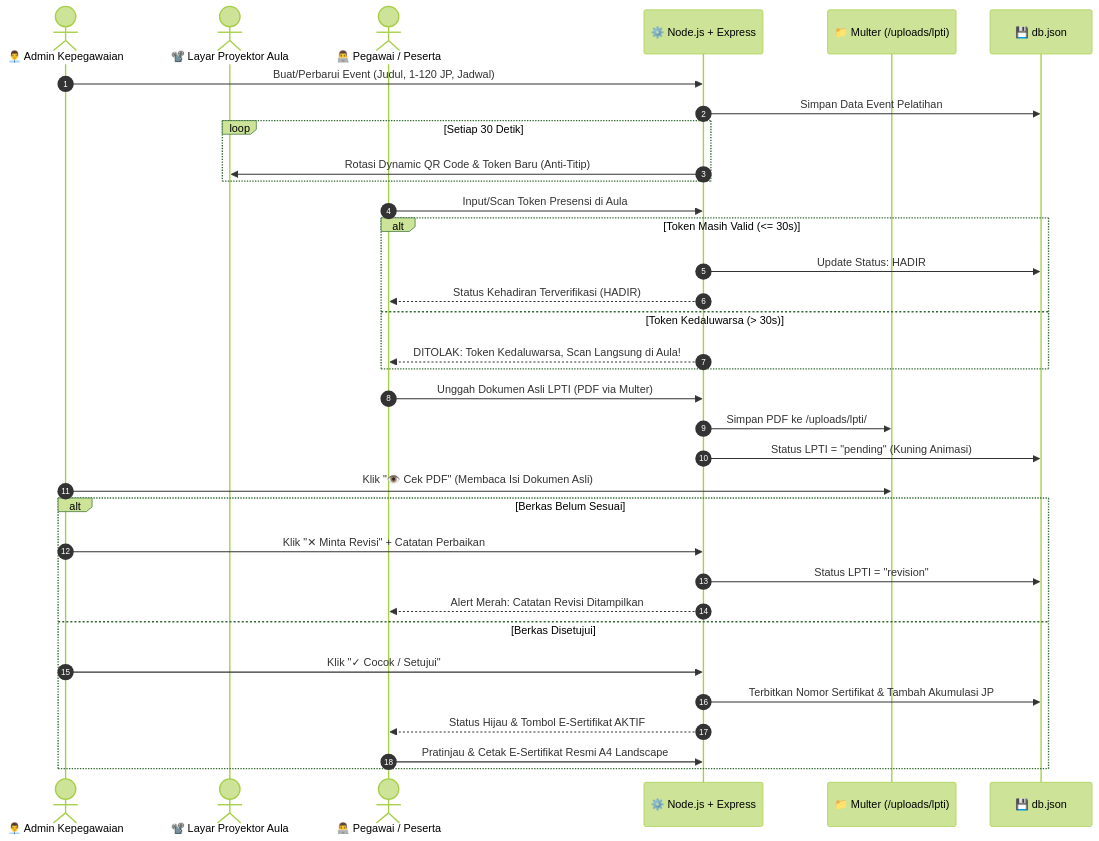
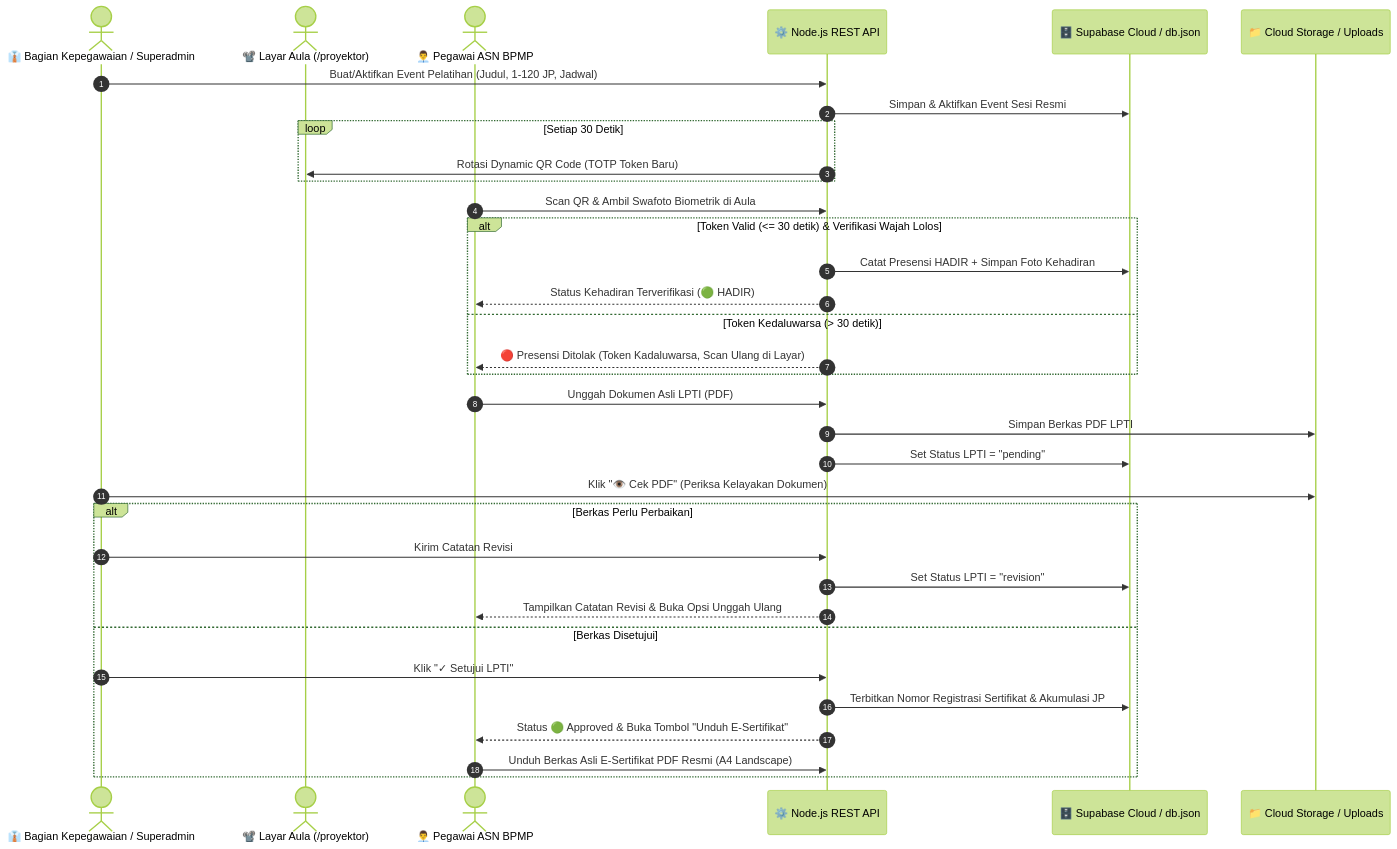
One commit to sahrulraiya23/bpmp-senin-berseri changed the diagram in README.md. Above: the diagram before and after it, drawn with Mermaid (forest theme). The commit also changed other lines of this file, not shown here.

Commit message:
docs: perbarui README dengan identitas BPMP Sultra, RBAC Superadmin/Kepegawaian, arsitektur Supabase, dan biometrik wajah

````diff
--- a/README.md
+++ b/README.md
@@ -62,39 +85,40 @@
 ```mermaid
 sequenceDiagram
     autonumber
-    actor Admin as 👨‍💼 Admin Kepegawaian
-    actor Proyektor as 📽️ Layar Proyektor Aula
-    actor Pegawai as 👨‍💻 Pegawai / Peserta
-    participant Server as ⚙️ Node.js + Express
-    participant Storage as 📁 Multer (/uploads/lpti)
-    participant DB as 💾 db.json
+    actor Admin as 👔 Bagian Kepegawaian / Superadmin
+    actor Proyektor as 📽️ Layar Aula (/proyektor)
+    actor Pegawai as 👨‍💼 Pegawai ASN BPMP
+    participant Server as ⚙️ Node.js REST API
+    participant CloudDB as 🗄️ Supabase Cloud / db.json
+    participant Storage as 📁 Cloud Storage / Uploads
 
-    Admin->>Server: Buat/Perbarui Event (Judul, 1-120 JP, Jadwal)
-    Server->>DB: Simpan Data Event Pelatihan
+    Admin->>Server: Buat/Aktifkan Event Pelatihan (Judul, 1-120 JP, Jadwal)
+    Server->>CloudDB: Simpan & Aktifkan Event Sesi Resmi
     loop Setiap 30 Detik
-        Server->>Proyektor: Rotasi Dynamic QR Code & Token Baru (Anti-Titip)
-    end
-    Pegawai->>Server: Input/Scan Token Presensi di Aula
-    alt Token Masih Valid (<= 30s)
-        Server->>DB: Update Status: HADIR
-        Server-->>Pegawai: Status Kehadiran Terverifikasi (HADIR)
-    else Token Kedaluwarsa (> 30s)
-        Server-->>Pegawai: DITOLAK: Token Kedaluwarsa, Scan Langsung di Aula!
+        Server->>Proyektor: Rotasi Dynamic QR Code (TOTP Token Baru)
     end
 
-    Pegawai->>Server: Unggah Dokumen Asli LPTI (PDF via Multer)
-    Server->>Storage: Simpan PDF ke /uploads/lpti/
-    Server->>DB: Status LPTI = "pending" (Kuning Animasi)
+    Pegawai->>Server: Scan QR & Ambil Swafoto Biometrik di Aula
+    alt Token Valid (<= 30 detik) & Verifikasi Wajah Lolos
+        Server->>CloudDB: Catat Presensi HADIR + Simpan Foto Kehadiran
+        Server-->>Pegawai: Status Kehadiran Terverifikasi (🟢 HADIR)
+    else Token Kedaluwarsa (> 30 detik)
+        Server-->>Pegawai: 🔴 Presensi Ditolak (Token Kadaluwarsa, Scan Ulang di Layar)
+    end
 
-    Admin->>Storage: Klik "👁️ Cek PDF" (Membaca Isi Dokumen Asli)
-    alt Berkas Belum Sesuai
-        Admin->>Server: Klik "✕ Minta Revisi" + Catatan Perbaikan
-        Server->>DB: Status LPTI = "revision"
-        Server-->>Pegawai: Alert Merah: Catatan Revisi Ditampilkan
+    Pegawai->>Server: Unggah Dokumen Asli LPTI (PDF)
+    Server->>Storage: Simpan Berkas PDF LPTI
+    Server->>CloudDB: Set Status LPTI = "pending"
+
+    Admin->>Storage: Klik "👁️ Cek PDF" (Periksa Kelayakan Dokumen)
+    alt Berkas Perlu Perbaikan
+        Admin->>Server: Kirim Catatan Revisi
+        Server->>CloudDB: Set Status LPTI = "revision"
+        Server-->>Pegawai: Tampilkan Catatan Revisi & Buka Opsi Unggah Ulang
     else Berkas Disetujui
-        Admin->>Server: Klik "✓ Cocok / Setujui"
-        Server->>DB: Terbitkan Nomor Sertifikat & Tambah Akumulasi JP
-        Server-->>Pegawai: Status Hijau & Tombol E-Sertifikat AKTIF
-        Pegawai->>Server: Pratinjau & Cetak E-Sertifikat Resmi A4 Landscape
+        Admin->>Server: Klik "✓ Setujui LPTI"
+        Server->>CloudDB: Terbitkan Nomor Registrasi Sertifikat & Akumulasi JP
+        Server-->>Pegawai: Status 🟢 Approved & Buka Tombol "Unduh E-Sertifikat"
+        Pegawai->>Server: Unduh Berkas Asli E-Sertifikat PDF Resmi (A4 Landscape)
     end
 ```
````
